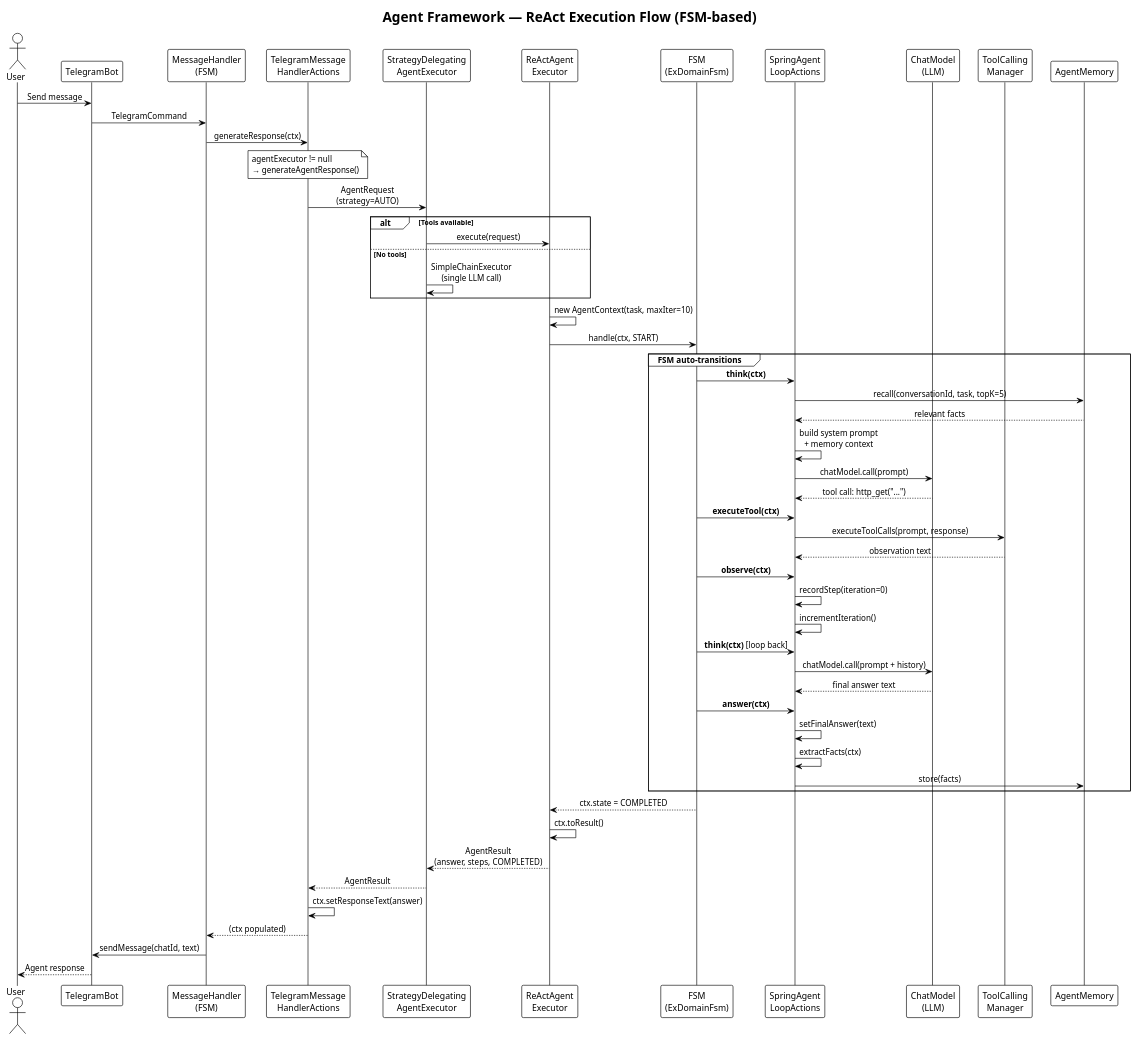
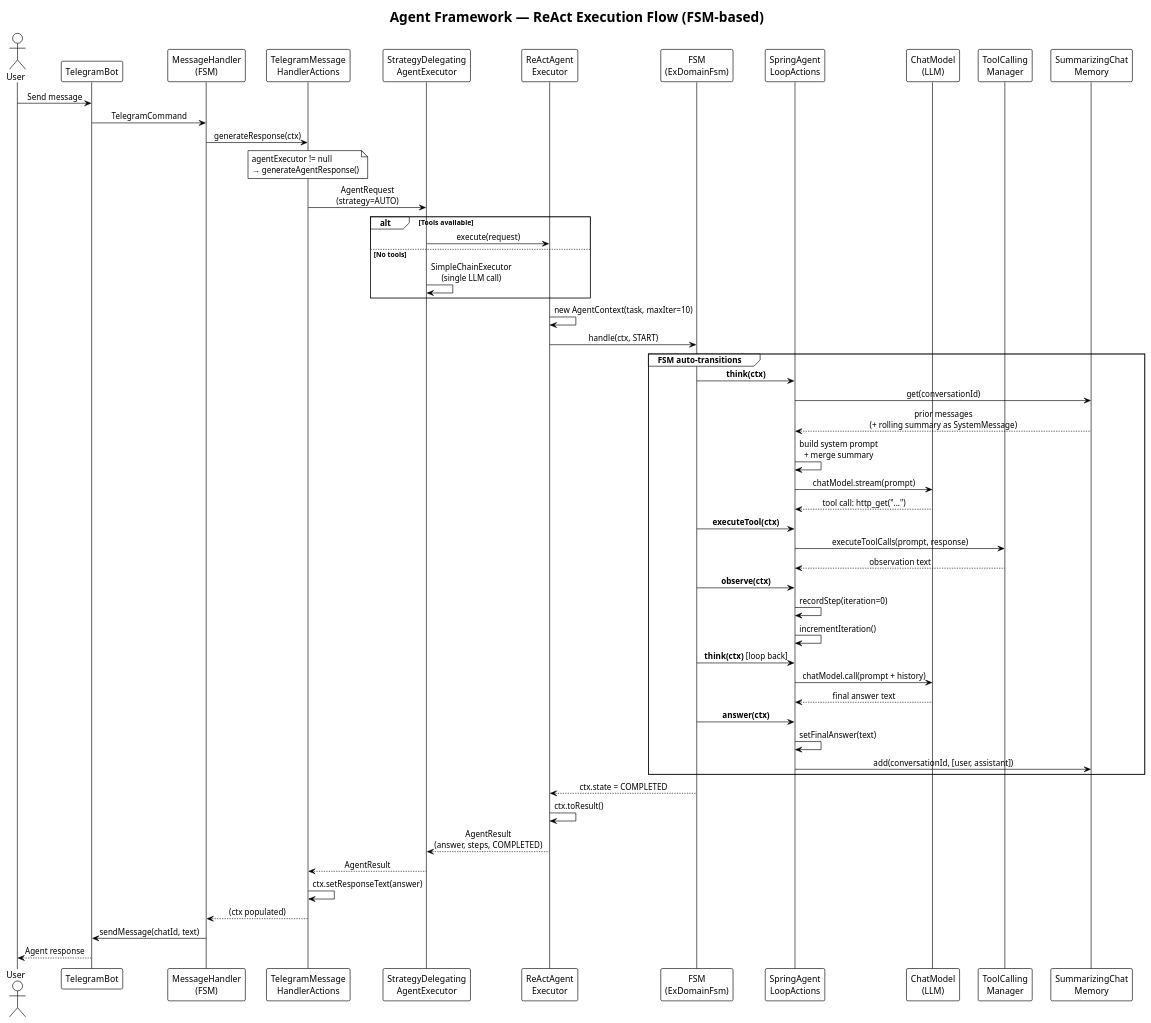
One commit to NGirchev/open-daimon changed the diagram in docs/agent-sequence.puml. Above: the diagram before and after it, drawn with PlantUML. The commit also changed 39 other files, not shown here.

```diff
--- a/docs/agent-sequence.puml
+++ b/docs/agent-sequence.puml
@@ -1,72 +1,71 @@
 @startuml Agent ReAct Execution Sequence
 !theme plain
 skinparam backgroundColor white
 skinparam sequenceMessageAlign center
 
 title Agent Framework — ReAct Execution Flow (FSM-based)
 
 actor User
 participant "TelegramBot" as Bot
 participant "MessageHandler\n(FSM)" as MsgHandler
 participant "TelegramMessage\nHandlerActions" as Actions
 participant "StrategyDelegating\nAgentExecutor" as Strategy
 participant "ReActAgent\nExecutor" as ReAct
 participant "FSM\n(ExDomainFsm)" as FSM
 participant "SpringAgent\nLoopActions" as LoopActions
 participant "ChatModel\n(LLM)" as LLM
 participant "ToolCalling\nManager" as Tools
-participant "AgentMemory" as Memory
+participant "SummarizingChat\nMemory" as Memory
 
 User -> Bot: Send message
 Bot -> MsgHandler: TelegramCommand
 MsgHandler -> Actions: generateResponse(ctx)
 
 note over Actions: agentExecutor != null\n→ generateAgentResponse()
 
 Actions -> Strategy: AgentRequest\n(strategy=AUTO)
 
 alt Tools available
     Strategy -> ReAct: execute(request)
 else No tools
     Strategy -> Strategy: SimpleChainExecutor\n(single LLM call)
 end
 
 ReAct -> ReAct: new AgentContext(task, maxIter=10)
 ReAct -> FSM: handle(ctx, START)
 
 group FSM auto-transitions
     FSM -> LoopActions: **think(ctx)**
-    LoopActions -> Memory: recall(conversationId, task, topK=5)
-    Memory --> LoopActions: relevant facts
-    LoopActions -> LoopActions: build system prompt\n+ memory context
-    LoopActions -> LLM: chatModel.call(prompt)
+    LoopActions -> Memory: get(conversationId)
+    Memory --> LoopActions: prior messages\n(+ rolling summary as SystemMessage)
+    LoopActions -> LoopActions: build system prompt\n+ merge summary
+    LoopActions -> LLM: chatModel.stream(prompt)
     LLM --> LoopActions: tool call: http_get("...")
 
     FSM -> LoopActions: **executeTool(ctx)**
     LoopActions -> Tools: executeToolCalls(prompt, response)
     Tools --> LoopActions: observation text
 
     FSM -> LoopActions: **observe(ctx)**
     LoopActions -> LoopActions: recordStep(iteration=0)
     LoopActions -> LoopActions: incrementIteration()
 
     FSM -> LoopActions: **think(ctx)** [loop back]
     LoopActions -> LLM: chatModel.call(prompt + history)
     LLM --> LoopActions: final answer text
 
     FSM -> LoopActions: **answer(ctx)**
     LoopActions -> LoopActions: setFinalAnswer(text)
-    LoopActions -> LoopActions: extractFacts(ctx)
-    LoopActions -> Memory: store(facts)
+    LoopActions -> Memory: add(conversationId, [user, assistant])
 end
 
 FSM --> ReAct: ctx.state = COMPLETED
 ReAct -> ReAct: ctx.toResult()
 ReAct --> Strategy: AgentResult\n(answer, steps, COMPLETED)
 Strategy --> Actions: AgentResult
 Actions -> Actions: ctx.setResponseText(answer)
 Actions --> MsgHandler: (ctx populated)
 MsgHandler -> Bot: sendMessage(chatId, text)
 Bot --> User: Agent response
 
 @enduml
```
